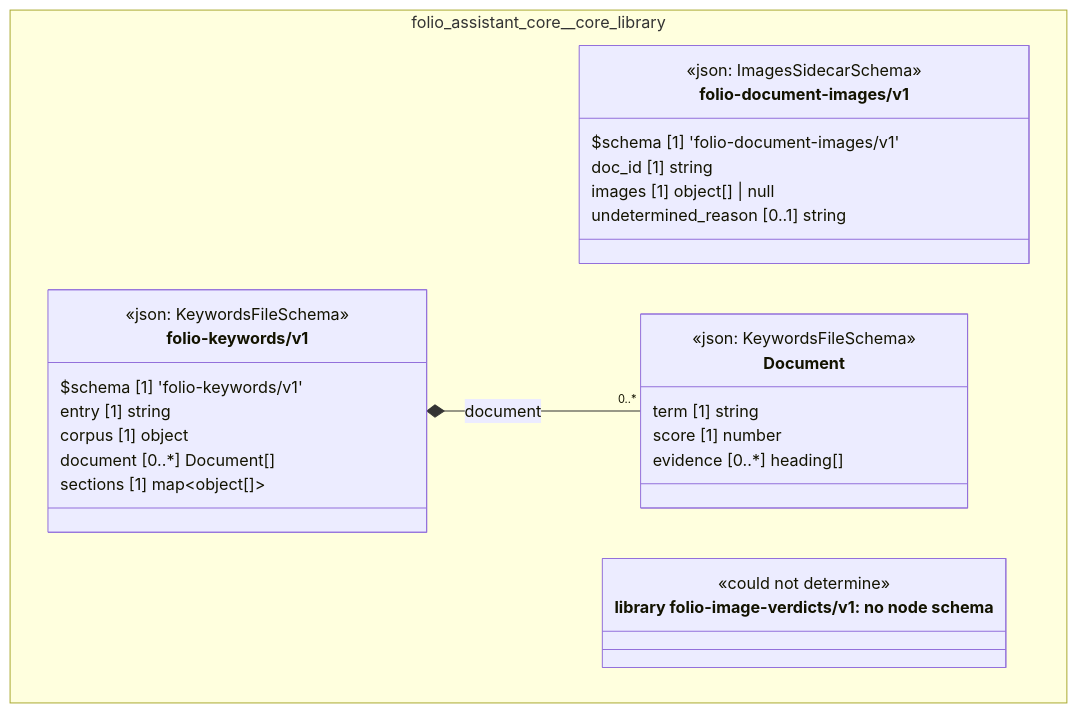
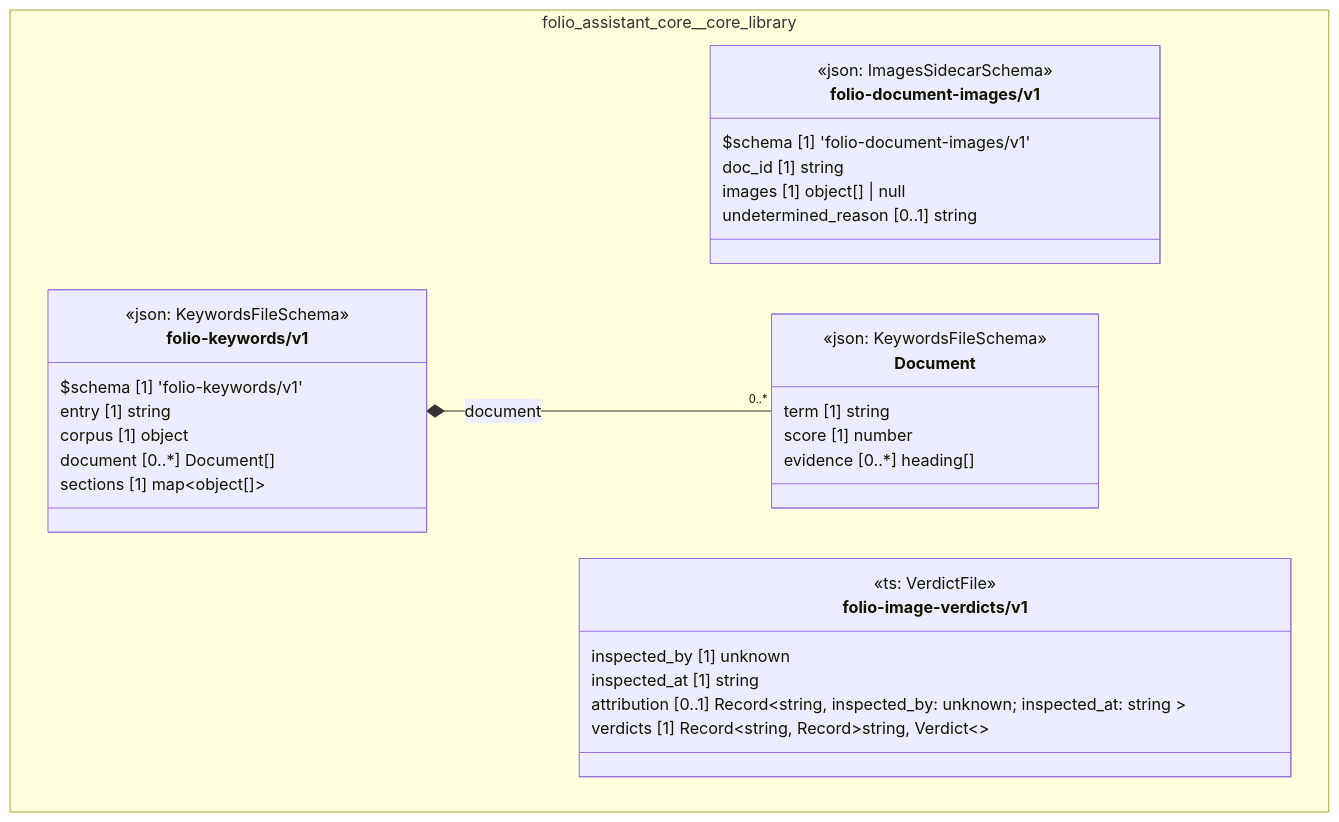
The diagram in docs/uml/overview/folio-assistant-core/core-library.md (litlfred/cat-harness), drawn with Mermaid before and after one commit. The commit also changed other lines of this file and 404 other files, not shown here.

First line of the commit message:
regen: generated artefacts at folio-assistant#2529's 2026-10-11 pins

````diff
--- a/docs/uml/overview/folio-assistant-core/core-library.md
+++ b/docs/uml/overview/folio-assistant-core/core-library.md
@@ -47,36 +47,39 @@
 ```mermaid
 classDiagram
   direction TB
   namespace folio_assistant_core__core_library {
     class folio_assistant_core_core_library_folio_document_images_v1_folio_document_images_v1["folio-document-images/v1"] {
       <<json: ImagesSidecarSchema>>
       $schema [1] 'folio-document-images/v1'
       doc_id [1] string
       images [1] object[] | null
       undetermined_reason [0..1] string
+    }
+    class folio_assistant_core_core_library_folio_image_verdicts_v1["folio-image-verdicts/v1"] {
+      <<ts: VerdictFile>>
+      inspected_by [1] unknown
+      inspected_at [1] string
+      attribution [0..1] Record~string,  inspected_by: unknown; inspected_at: string ~
+      verdicts [1] Record~string, Record~string, Verdict~~
     }
     class folio_assistant_core_core_library_folio_keywords_v1_Document["Document"] {
       <<json: KeywordsFileSchema>>
       term [1] string
       score [1] number
       evidence [0..*] heading[]
     }
     class folio_assistant_core_core_library_folio_keywords_v1_folio_keywords_v1["folio-keywords/v1"] {
       <<json: KeywordsFileSchema>>
       $schema [1] 'folio-keywords/v1'
       entry [1] string
       corpus [1] object
       document [0..*] Document[]
       sections [1] map~object[]~
     }
-    class n_folio_assistant_core_core_library_library_folio_image_verdicts_v1["library folio-image-verdicts/v1: no node schema"] {
-      <<could not determine>>
-    }
   }
   folio_assistant_core_core_library_folio_keywords_v1_folio_keywords_v1 *-- "0..*" folio_assistant_core_core_library_folio_keywords_v1_Document : document
   cssClass "folio_assistant_core_core_library_folio_document_images_v1_folio_document_images_v1" fa_uml_kind_library
+  cssClass "folio_assistant_core_core_library_folio_image_verdicts_v1" fa_uml_kind_library
   cssClass "folio_assistant_core_core_library_folio_keywords_v1_Document" fa_uml_kind_library
   cssClass "folio_assistant_core_core_library_folio_keywords_v1_folio_keywords_v1" fa_uml_kind_library
-  cssClass "n_folio_assistant_core_core_library_library_folio_image_verdicts_v1" fa_uml_kind_library_folio_image_verdicts_v1
-  cssClass "n_folio_assistant_core_core_library_library_folio_image_verdicts_v1" fa_uml_undetermined
 ```
````
